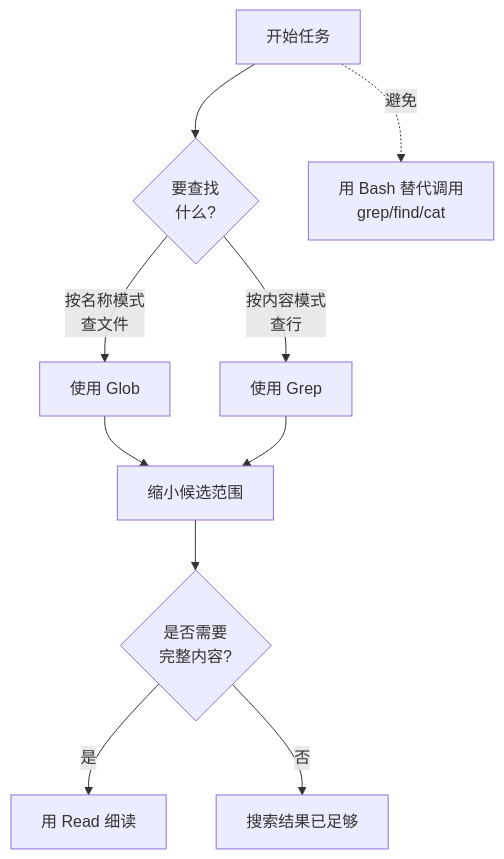
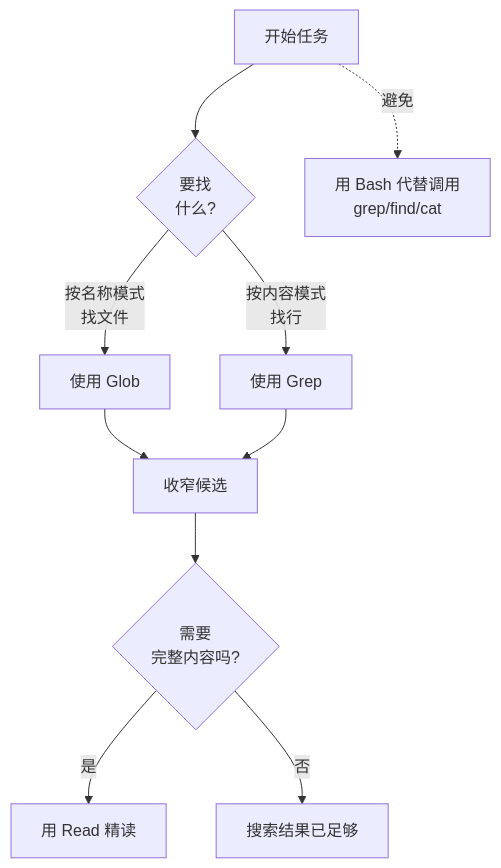
One commit to modu-ai/moai-adk changed the diagram in docs-site/content/zh/claude-code/foundations/tools-reference.md. Above: the diagram before and after it, drawn with Mermaid. The commit also changed other lines of this file and 395 other files, not shown here.

````diff
--- a/docs-site/content/zh/claude-code/foundations/tools-reference.md
+++ b/docs-site/content/zh/claude-code/foundations/tools-reference.md
@@ -97,12 +97,12 @@
 ```mermaid
 flowchart TD
-    A[开始任务] --> B{要查找<br>什么?}
-    B -->|按名称模式<br>查文件| C[使用 Glob]
-    B -->|按内容模式<br>查行| D[使用 Grep]
-    C --> E[缩小候选范围]
+    A[开始任务] --> B{要找<br>什么?}
+    B -->|按名称模式<br>找文件| C[使用 Glob]
+    B -->|按内容模式<br>找行| D[使用 Grep]
+    C --> E[收窄候选]
     D --> E
-    E --> F{是否需要<br>完整内容?}
-    F -->|是| G[用 Read 细读]
+    E --> F{需要<br>完整内容吗?}
+    F -->|是| G[用 Read 精读]
     F -->|否| H[搜索结果已足够]
-    A -.避免.-> I[用 Bash 替代调用<br>grep/find/cat]
+    A -.避免.-> I[用 Bash 代替调用<br>grep/find/cat]
 ```
````
